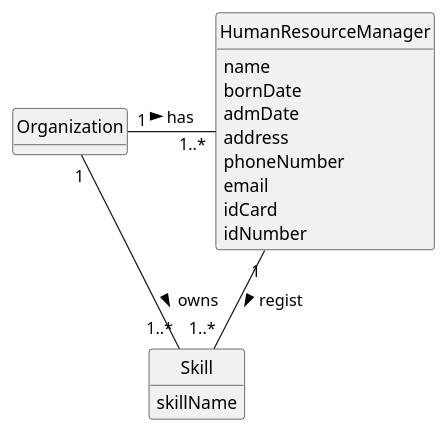
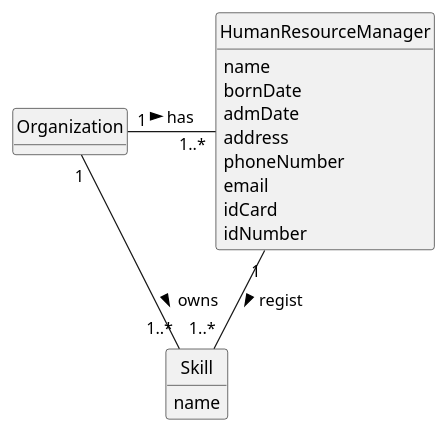
Before and after one commit to 1231360-ISEP/lei-24-s2-1db-g021: the diagram in docs/sprint1/us001/02.analysis/puml/us001-domain-model.puml, drawn with PlantUML. The commit also changed 36 other files, not shown here.

Commit message:
Update Domain Model All User Stories - correction of skillName - name jobName - name

```diff
--- a/docs/sprint1/us001/02.analysis/puml/us001-domain-model.puml
+++ b/docs/sprint1/us001/02.analysis/puml/us001-domain-model.puml
@@ -1,34 +1,34 @@
 @startuml
 skinparam monochrome true
 skinparam packageStyle rectangle
 skinparam shadowing false
 
 skinparam classAttributeIconSize 0
 
 hide circle
 hide methods
 
 class Organization {
 }
 
 class HumanResourceManager {
     name
     bornDate
     admDate
     address
     phoneNumber
     email
     idCard
     idNumber
 }
 
 class Skill {
-    skillName
+    name
 }
 
 
 Organization "1" - "1..*" HumanResourceManager: has >
 Organization "1" - "1..*" Skill: owns >
 HumanResourceManager "1" -- "1..*" Skill : regist >
 
 @enduml
```
